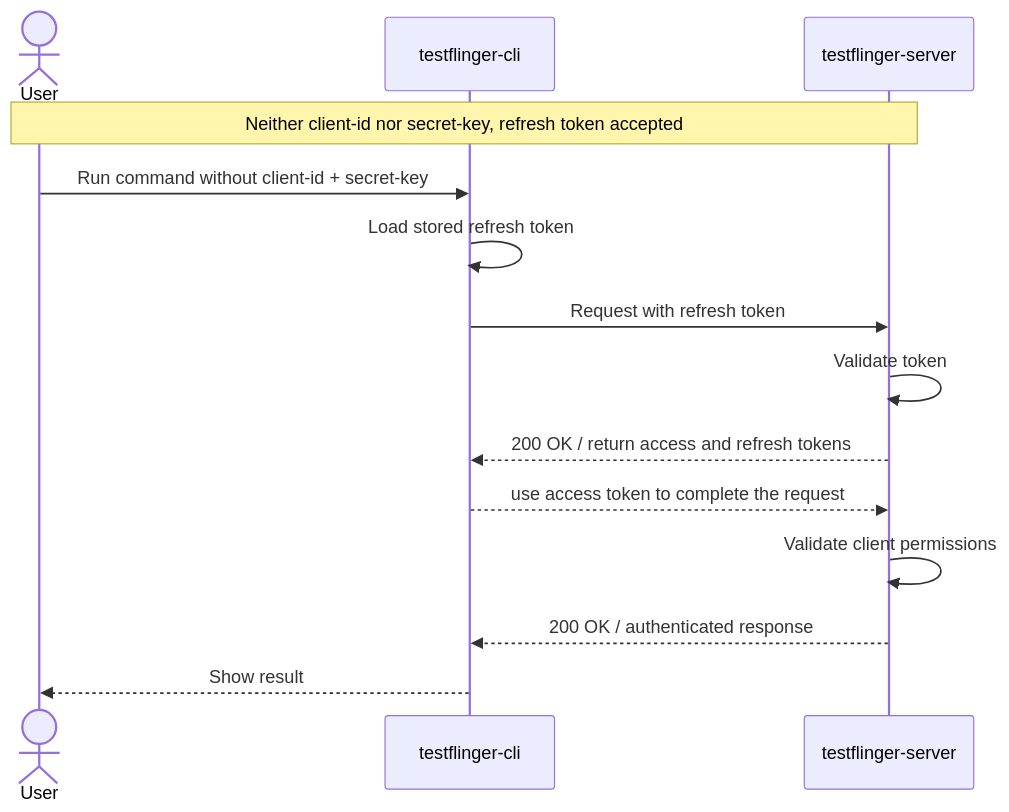
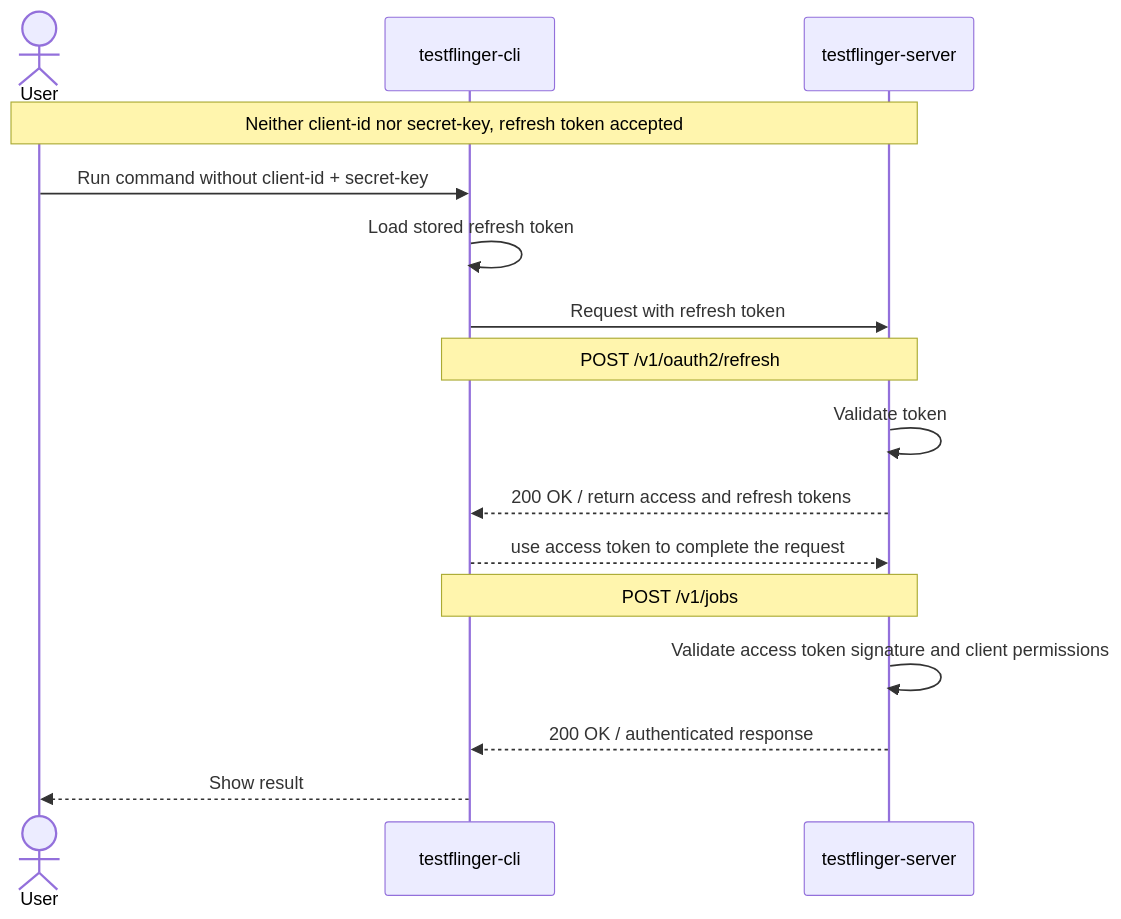
Before and after one commit to canonical/testflinger: the third of 7 diagrams in docs/explanation/authentication.rst, drawn with Mermaid. The commit also changed other lines of this file, not shown here.

```diff
--- a/docs/explanation/authentication.rst
+++ b/docs/explanation/authentication.rst
@@ -82,20 +89,22 @@
 .. mermaid::
     :alt: Sequence diagram showing a refresh token being used and accepted
     :caption: Sequence diagram showing a refresh token being used and accepted
     :align: center
 
     sequenceDiagram
         actor User
         participant CLI as testflinger-cli
         participant Server as testflinger-server
 
         Note over User,Server: Neither client-id nor secret-key, refresh token accepted
         User->>CLI: Run command without client-id + secret-key
         CLI->>CLI: Load stored refresh token
         CLI->>Server: Request with refresh token
+        Note over CLI,Server: POST /v1/oauth2/refresh
         Server->>Server: Validate token
         Server-->>CLI: 200 OK / return access and refresh tokens
         CLI-->>Server: use access token to complete the request
-        Server->>Server: Validate client permissions
+        Note over CLI,Server: POST /v1/jobs
+        Server->>Server: Validate access token signature and client permissions
         Server-->>CLI: 200 OK / authenticated response
         CLI-->>User: Show result
```
